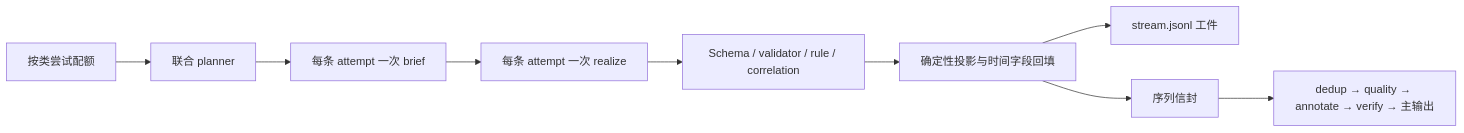
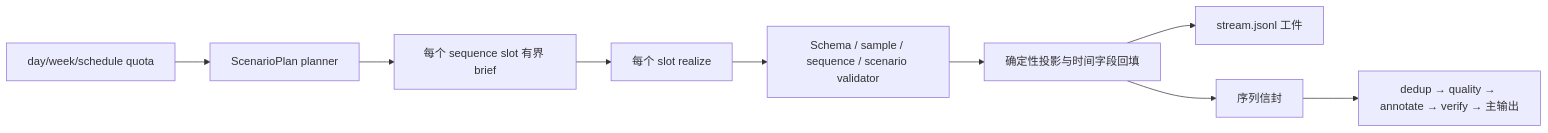
Before and after one commit to HoldThatThgt/LabelKit: the diagram in docs/manual/27-synth-stream.md, drawn with Mermaid. The commit also changed other lines of this file and 123 other files, not shown here.

```diff
--- a/docs/manual/27-synth-stream.md
+++ b/docs/manual/27-synth-stream.md
@@ -16,11 +13,11 @@
 ~~~mermaid
 flowchart LR
-    Q[按类尝试配额] --> P[联合 planner]
-    P --> B[每条 attempt 一次 brief]
-    B --> R[每条 attempt 一次 realize]
-    R --> V[Schema / validator / rule / correlation]
+    Q[day/week/schedule quota] --> P[ScenarioPlan planner]
+    P --> B[每个 sequence slot 有界 brief]
+    B --> R[每个 slot realize]
+    R --> V[Schema / sample / sequence / scenario validator]
     V --> W[确定性投影与时间字段回填]
     W --> A[stream.jsonl 工件]
     W --> S[序列信封]
     S --> D[dedup → quality → annotate → verify → 主输出]
 ~~~
```
